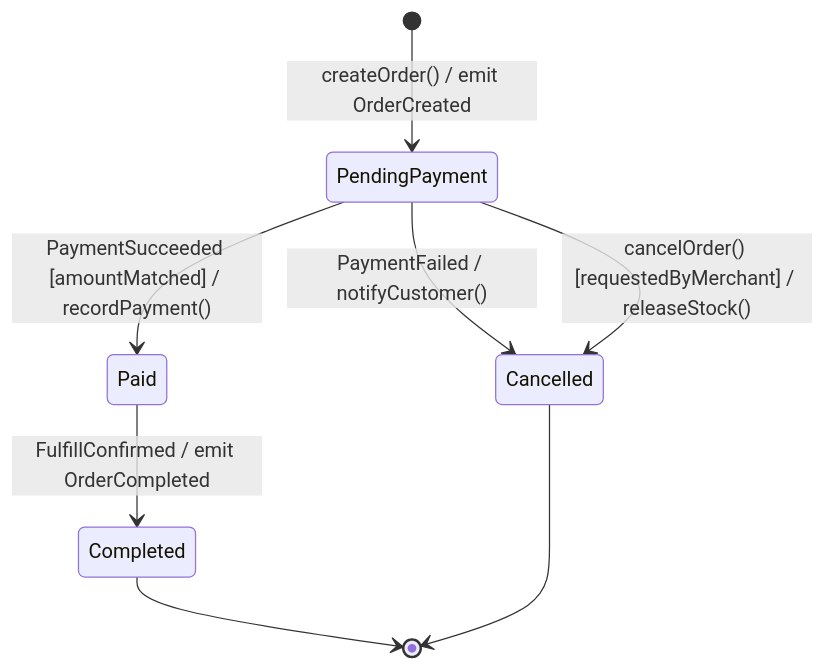
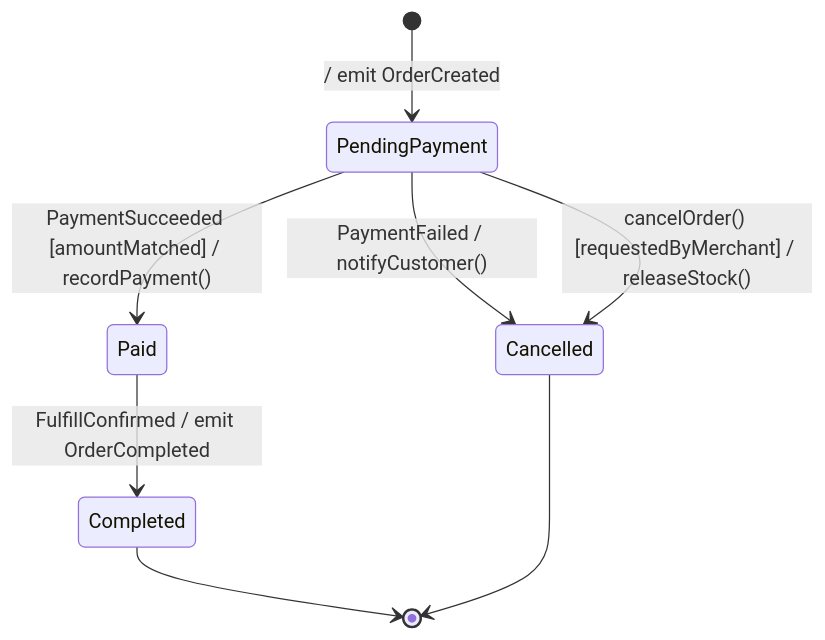
Before and after one commit to MAVIS-Platform/mavis-platform: diagram 11 of 11 in docs/MAVIS_9_DIAGRAMS_STANDARD_GUIDE.md, drawn with Mermaid. The commit also changed other lines of this file and 146 other files, not shown here.

Commit message:
feat: upgrade architecture workspace, model diffing, impact analysis, 3E AI explanations, and coursework flows

````diff
--- a/docs/MAVIS_9_DIAGRAMS_STANDARD_GUIDE.md
+++ b/docs/MAVIS_9_DIAGRAMS_STANDARD_GUIDE.md
@@ -944,12 +935,12 @@
 ```mermaid
 stateDiagram-v2
-    [*] --> PendingPayment : createOrder() / emit OrderCreated
+    [*] --> PendingPayment : / emit OrderCreated
 
     PendingPayment --> Paid : PaymentSucceeded [amountMatched] / recordPayment()
     PendingPayment --> Cancelled : PaymentFailed / notifyCustomer()
     PendingPayment --> Cancelled : cancelOrder() [requestedByMerchant] / releaseStock()
 
     Paid --> Completed : FulfillConfirmed / emit OrderCompleted
     Completed --> [*]
     Cancelled --> [*]
 ```
````
